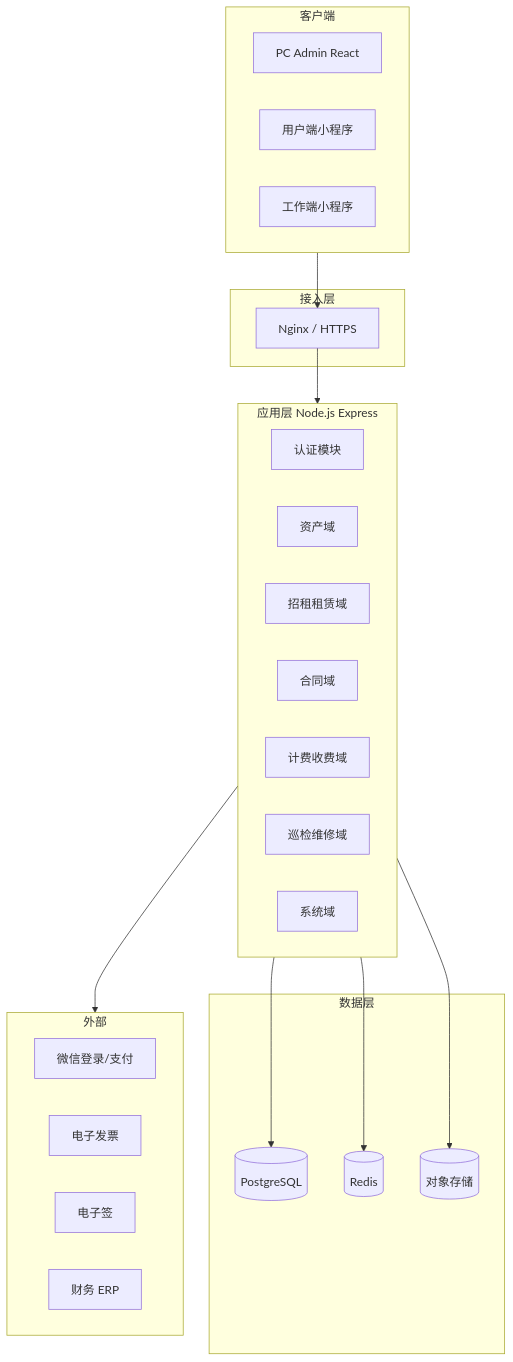
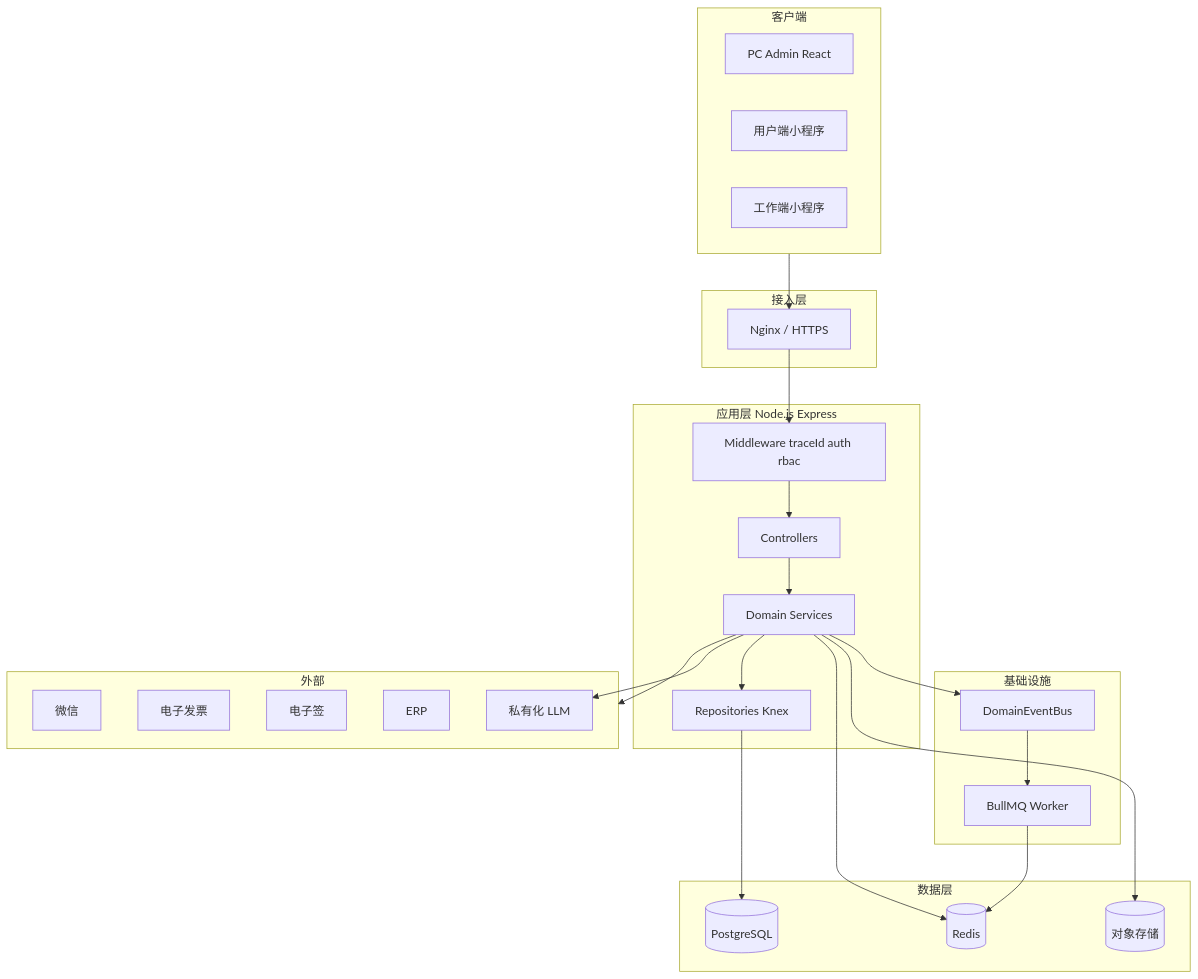
One commit to Jerry-RL/asset-management-system changed the first of 2 diagrams in docs/详细设计说明书.md. Above: the diagram before and after it, drawn with Mermaid. The commit also changed other lines of this file and 58 other files, not shown here.

````diff
--- a/docs/详细设计说明书.md
+++ b/docs/详细设计说明书.md
@@ -44,36 +46,42 @@
 ```mermaid
 flowchart TB
   subgraph clients ["客户端"]
     Admin["PC Admin React"]
     TenantMP["用户端小程序"]
     WorkerMP["工作端小程序"]
   end
   subgraph gateway ["接入层"]
     Nginx["Nginx / HTTPS"]
   end
   subgraph app ["应用层 Node.js Express"]
-    Auth["认证模块"]
-    Asset["资产域"]
-    Lease["招租租赁域"]
-    Contract["合同域"]
-    Billing["计费收费域"]
-    Maint["巡检维修域"]
-    System["系统域"]
+    MW["Middleware traceId auth rbac"]
+    CTRL["Controllers"]
+    SVC["Domain Services"]
+    REPO["Repositories Knex"]
+  end
+  subgraph infra ["基础设施"]
+    EB["DomainEventBus"]
+    Q["BullMQ Worker"]
   end
   subgraph data ["数据层"]
     PG[(PostgreSQL)]
     Redis[(Redis)]
     OSS[(对象存储)]
   end
   subgraph external ["外部"]
-    WeChat["微信登录/支付"]
+    WeChat["微信"]
     Invoice["电子发票"]
     ESign["电子签"]
-    ERP["财务 ERP"]
+    ERP["ERP"]
+    LLM["私有化 LLM"]
   end
-  clients --> Nginx --> app
-  app --> PG
-  app --> Redis
-  app --> OSS
-  app --> external
+  clients --> Nginx --> MW --> CTRL --> SVC
+  SVC --> REPO --> PG
+  SVC --> Redis
+  SVC --> OSS
+  SVC --> EB
+  SVC --> external
+  EB --> Q
+  Q --> Redis
+  SVC --> LLM
 ```
````
